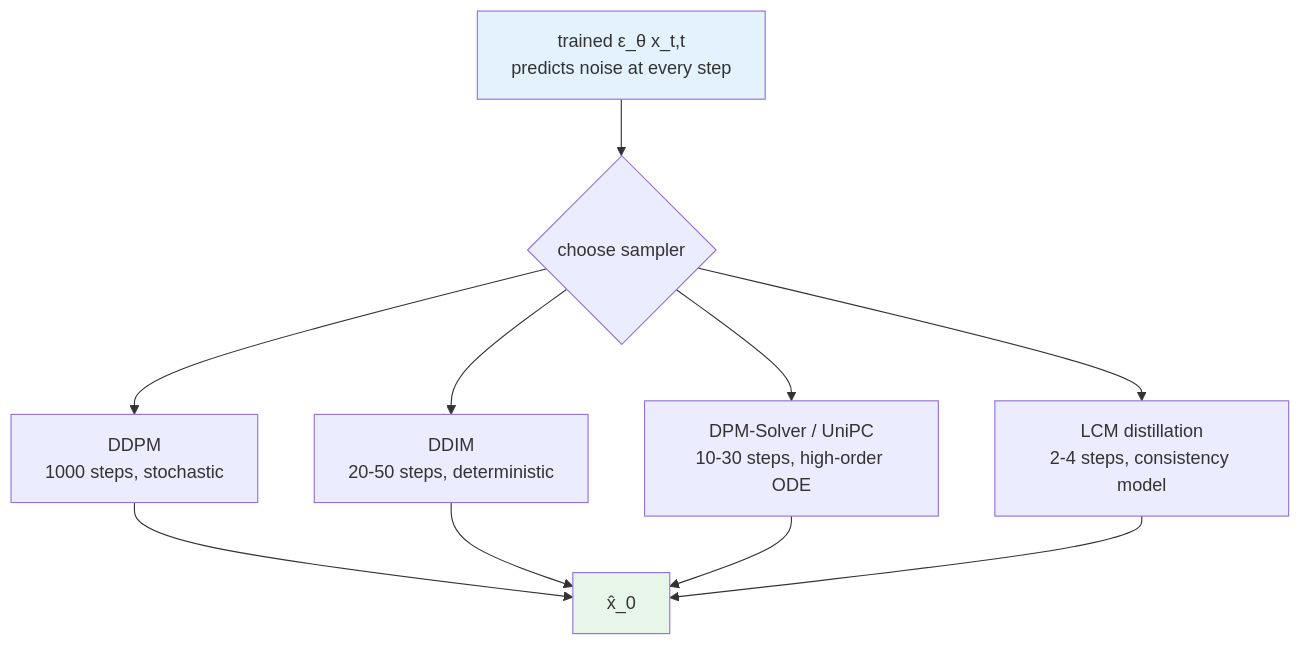
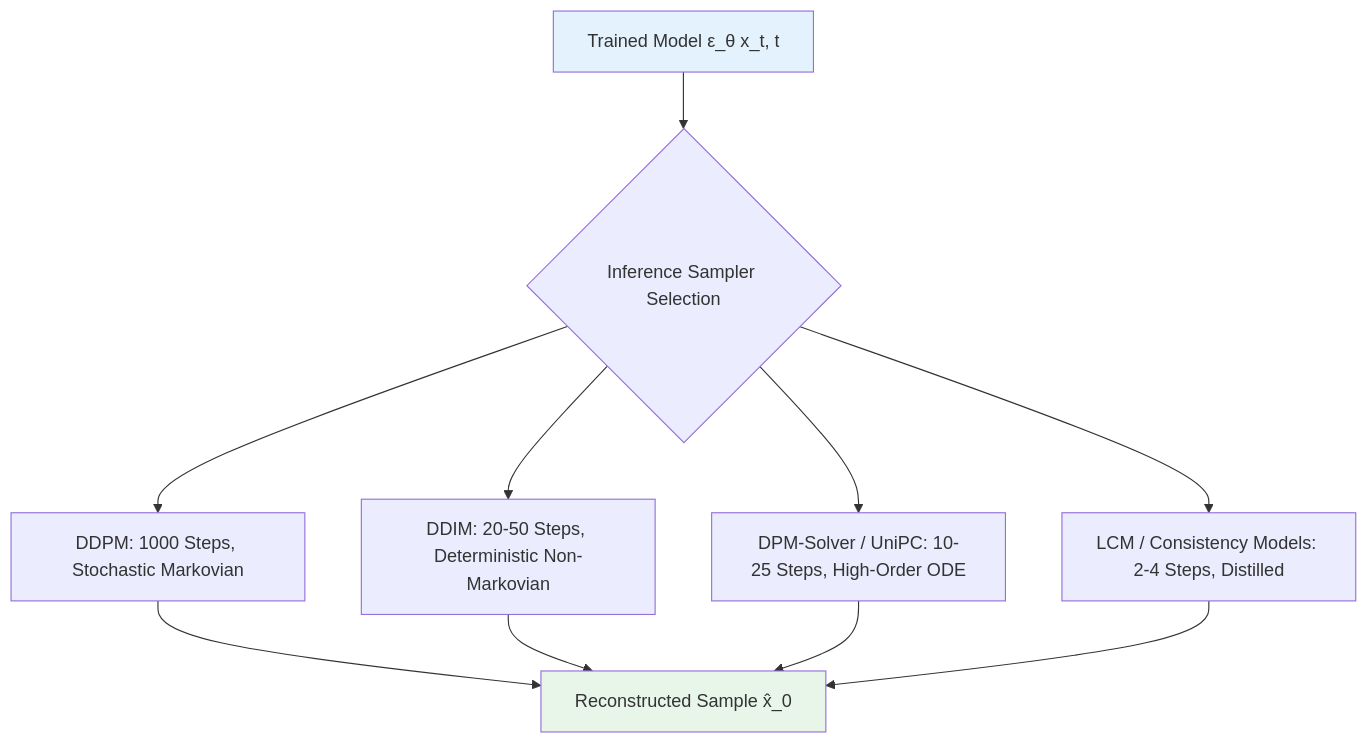
The third of 5 diagrams in en/chapters/08-diffusion.md (yingwang/image-enhancement-guide), drawn with Mermaid before and after one commit. The commit also changed other lines of this file and 18 other files, not shown here.

````diff
--- a/en/chapters/08-diffusion.md
+++ b/en/chapters/08-diffusion.md
@@ -299,15 +158,15 @@
 ```mermaid
 graph TD
-    Train[trained ε_θ x_t,t<br/>predicts noise at every step] --> Choice{choose sampler}
-    Choice --> DDPM[DDPM<br/>1000 steps, stochastic]
-    Choice --> DDIM[DDIM<br/>20-50 steps, deterministic]
-    Choice --> Solver[DPM-Solver / UniPC<br/>10-30 steps, high-order ODE]
-    Choice --> LCM[LCM distillation<br/>2-4 steps, consistency model]
-    DDPM --> Out[x̂_0]
+    Train[Trained Model ε_θ x_t, t] --> Choice{Inference Sampler Selection}
+    Choice --> DDPM[DDPM: 1000 Steps, Stochastic Markovian]
+    Choice --> DDIM[DDIM: 20-50 Steps, Deterministic Non-Markovian]
+    Choice --> Solver[DPM-Solver / UniPC: 10-25 Steps, High-Order ODE]
+    Choice --> LCM[LCM / Consistency Models: 2-4 Steps, Distilled]
+    DDPM --> Out[Reconstructed Sample x̂_0]
     DDIM --> Out
     Solver --> Out
     LCM --> Out
 
     style Train fill:#e3f2fd
     style Out fill:#e8f5e9
 ```
````
